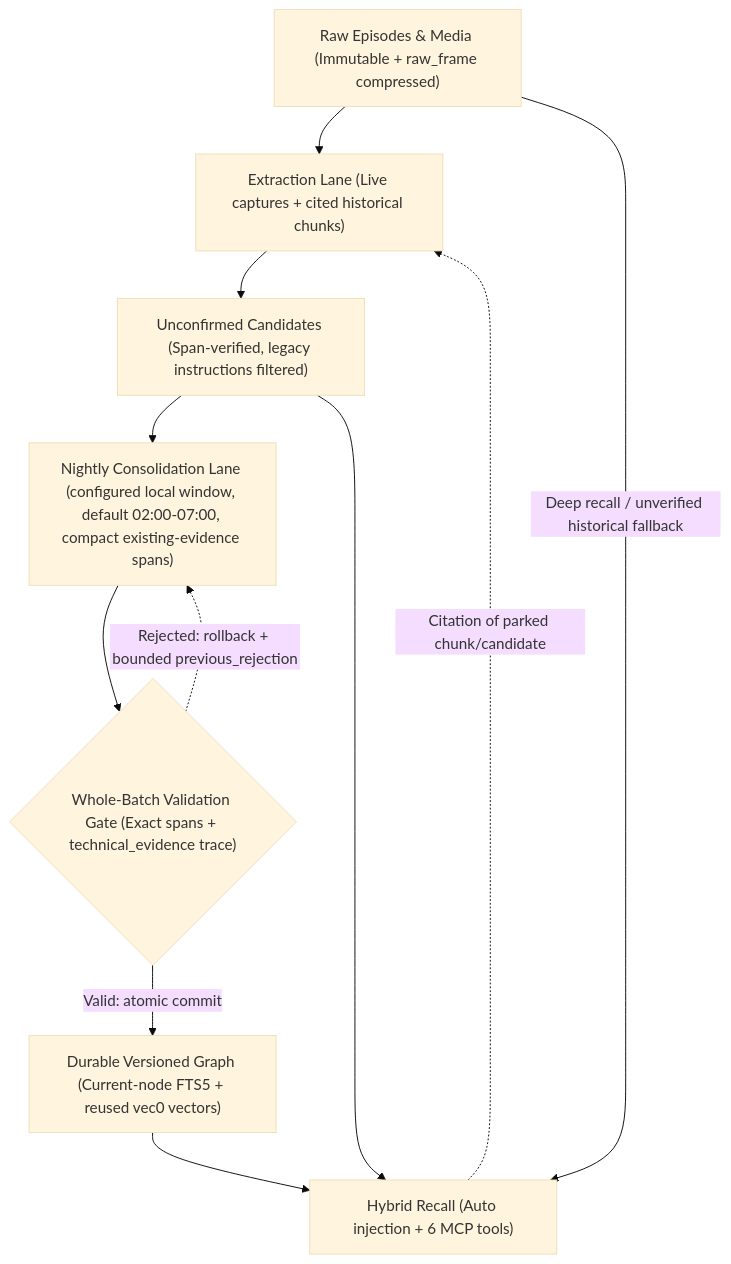
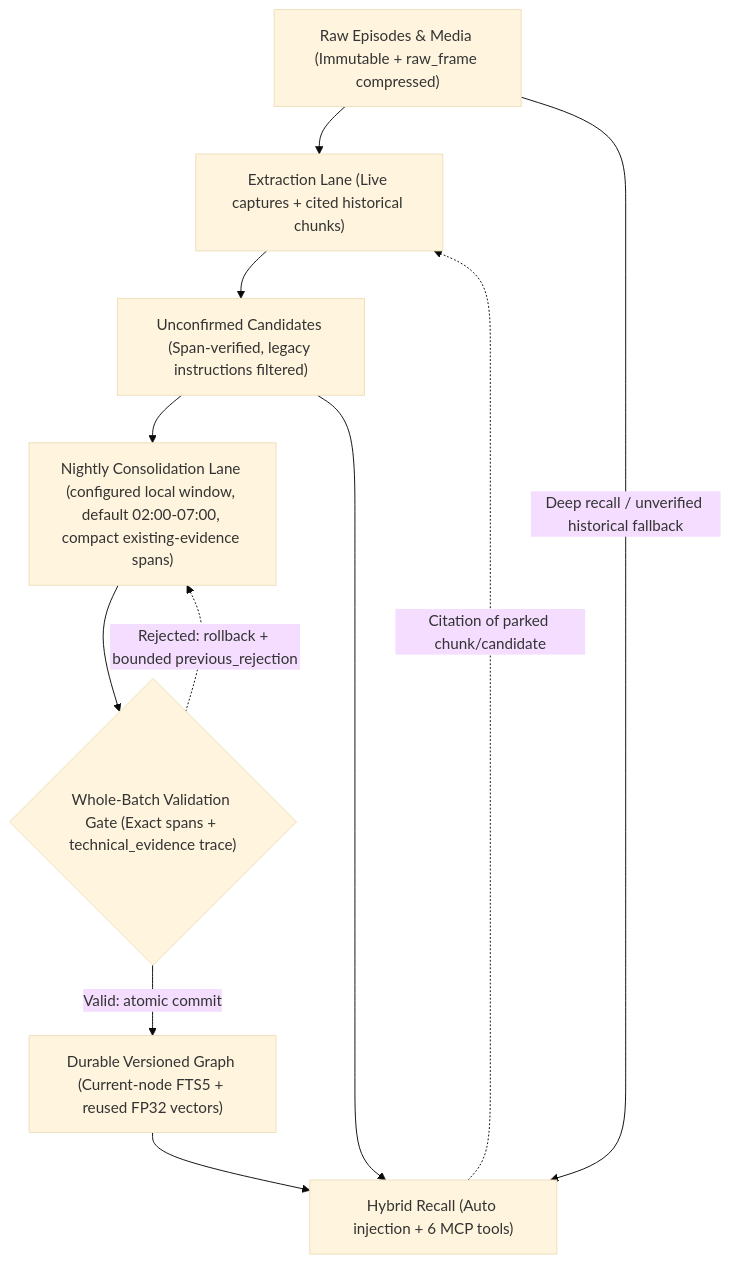
The second of 2 diagrams in README.md (misunders2d/memento), drawn with Mermaid (base theme) before and after one commit. The commit also changed other lines of this file and 1 other file, not shown here.

````diff
--- a/README.md
+++ b/README.md
@@ -56,15 +56,15 @@
 ```mermaid
 flowchart TB
     accTitle: From original conversation to verified memory and recall
     accDescr: Raw episodes are losslessly compressed and chunked. New captures flow through the independent two-lane processor, while an optional one-time historical cutover parks older backlog as searchable unverified history that promotes on demand when cited.
     H["Raw Episodes & Media (Immutable + raw_frame compressed)"] --> E["Extraction Lane (Live captures + cited historical chunks)"]
     E --> C["Unconfirmed Candidates (Span-verified, legacy instructions filtered)"]
     C --> N["Nightly Consolidation Lane (configured local window, default 02:00-07:00, compact existing-evidence spans)"]
     N --> V{"Whole-Batch Validation Gate (Exact spans + technical_evidence trace)"}
-    V -->|"Valid: atomic commit"| M["Durable Versioned Graph (Current-node FTS5 + reused vec0 vectors)"]
+    V -->|"Valid: atomic commit"| M["Durable Versioned Graph (Current-node FTS5 + reused FP32 vectors)"]
     V -.->|"Rejected: rollback + bounded previous_rejection"| N
     C --> R["Hybrid Recall (Auto injection + 6 MCP tools)"]
     M --> R
     H -->|"Deep recall / unverified historical fallback"| R
     R -.->|"Citation of parked chunk/candidate"| E
 ```
````
